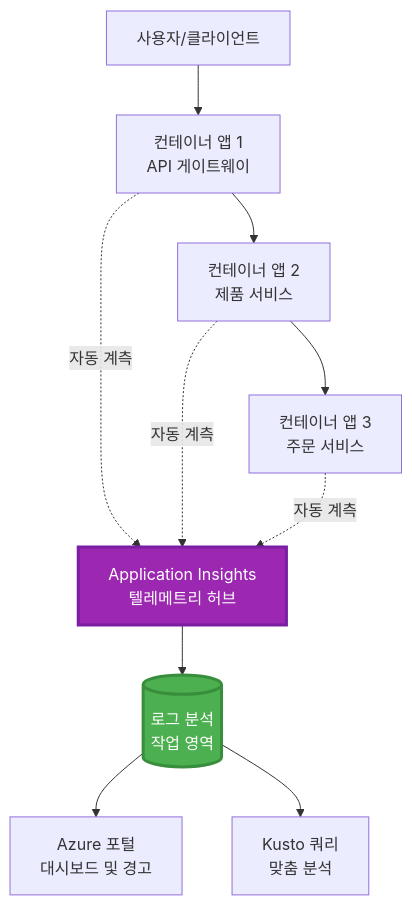
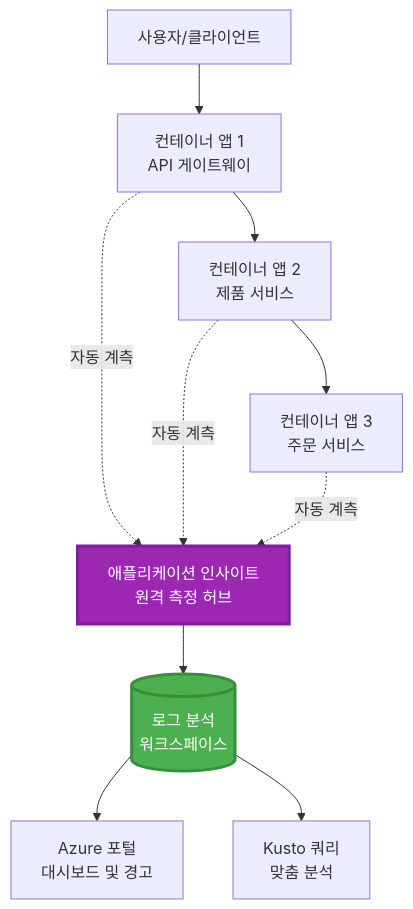
The first of 2 diagrams in translations/ko/docs/chapter-06-pre-deployment/application-insights.md (microsoft/AZD-for-beginners), drawn with Mermaid before and after one commit. The commit also changed other lines of this file and 101 other files, not shown here.

````diff
--- a/translations/ko/docs/chapter-06-pre-deployment/application-insights.md
+++ b/translations/ko/docs/chapter-06-pre-deployment/application-insights.md
@@ -58,28 +58,28 @@
 ```mermaid
 graph TB
     User[사용자/클라이언트]
     App1[컨테이너 앱 1<br/>API 게이트웨이]
     App2[컨테이너 앱 2<br/>제품 서비스]
     App3[컨테이너 앱 3<br/>주문 서비스]
     
-    AppInsights[Application Insights<br/>텔레메트리 허브]
-    LogAnalytics[(로그 분석<br/>작업 영역)]
+    AppInsights[애플리케이션 인사이트<br/>원격 측정 허브]
+    LogAnalytics[(로그 분석<br/>워크스페이스)]
     
     Portal[Azure 포털<br/>대시보드 및 경고]
     Query[Kusto 쿼리<br/>맞춤 분석]
     
     User --> App1
     App1 --> App2
     App2 --> App3
     
     App1 -.->|자동 계측| AppInsights
     App2 -.->|자동 계측| AppInsights
     App3 -.->|자동 계측| AppInsights
     
     AppInsights --> LogAnalytics
     LogAnalytics --> Portal
     LogAnalytics --> Query
     
     style AppInsights fill:#9C27B0,stroke:#7B1FA2,stroke-width:3px,color:#fff
     style LogAnalytics fill:#4CAF50,stroke:#388E3C,stroke-width:3px,color:#fff
 ```
````
